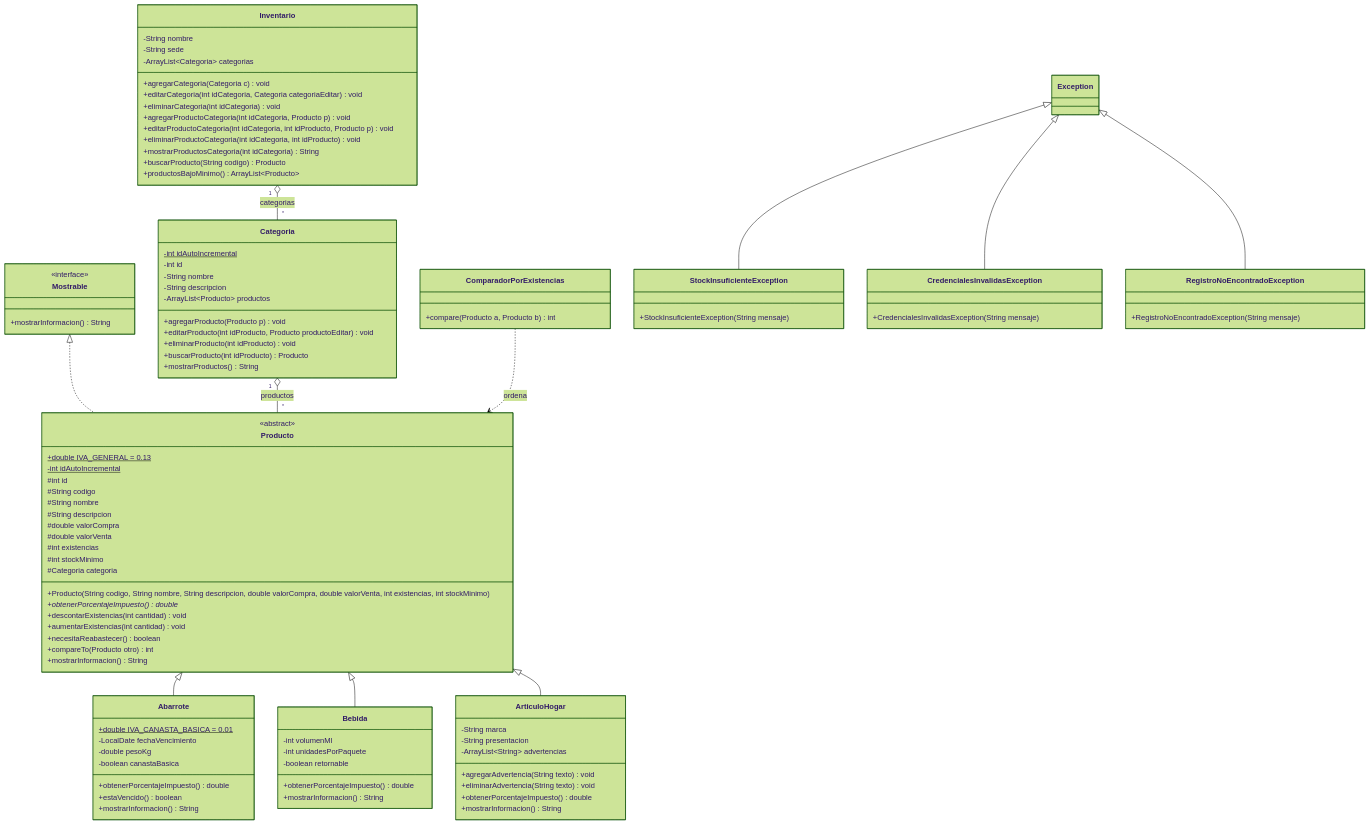
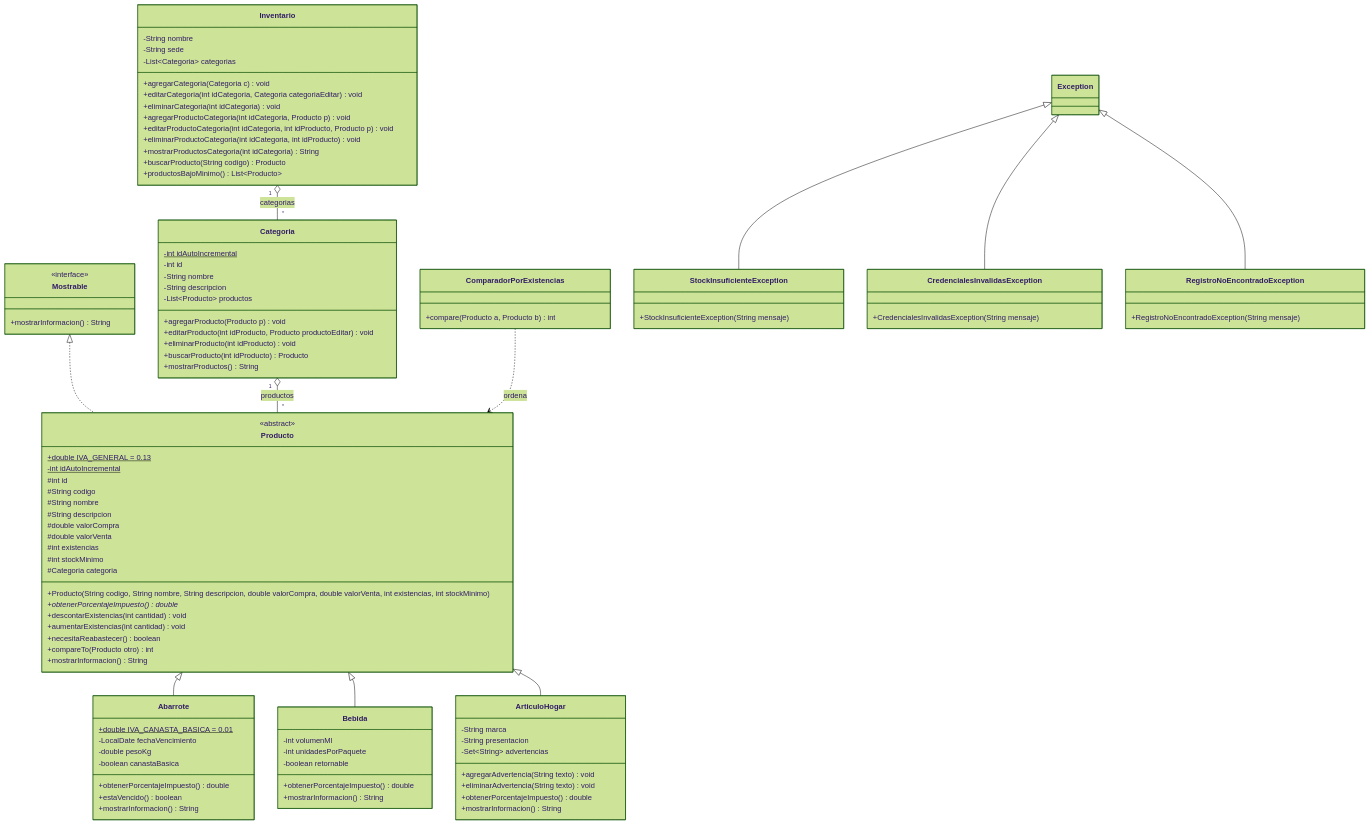
The diagram in docs/diagramas/01a_modelo_inventario.mmd (luisamri91/Avance1), drawn with Mermaid (forest theme) before and after one commit. The commit also changed 36 other files, not shown here.

First line of the commit message:
Colecciones según su uso: List, Set, HashMap y TreeMap (documento v8, código v3)

```diff
--- a/docs/diagramas/01a_modelo_inventario.mmd
+++ b/docs/diagramas/01a_modelo_inventario.mmd
@@ -1,103 +1,103 @@
 classDiagram
     direction TB
 
     class Mostrable {
         <<interface>>
         +mostrarInformacion() String
     }
     class Producto {
         <<abstract>>
         +double IVA_GENERAL = 0.13$
         -int idAutoIncremental$
         #int id
         #String codigo
         #String nombre
         #String descripcion
         #double valorCompra
         #double valorVenta
         #int existencias
         #int stockMinimo
         #Categoria categoria
         +Producto(String codigo, String nombre, String descripcion, double valorCompra, double valorVenta, int existencias, int stockMinimo)
         +obtenerPorcentajeImpuesto()* double
         +descontarExistencias(int cantidad) void
         +aumentarExistencias(int cantidad) void
         +necesitaReabastecer() boolean
         +compareTo(Producto otro) int
         +mostrarInformacion() String
     }
     class Abarrote {
         +double IVA_CANASTA_BASICA = 0.01$
         -LocalDate fechaVencimiento
         -double pesoKg
         -boolean canastaBasica
         +obtenerPorcentajeImpuesto() double
         +estaVencido() boolean
         +mostrarInformacion() String
     }
     class Bebida {
         -int volumenMl
         -int unidadesPorPaquete
         -boolean retornable
         +obtenerPorcentajeImpuesto() double
         +mostrarInformacion() String
     }
     class ArticuloHogar {
         -String marca
         -String presentacion
-        -ArrayList~String~ advertencias
+        -Set~String~ advertencias
         +agregarAdvertencia(String texto) void
         +eliminarAdvertencia(String texto) void
         +obtenerPorcentajeImpuesto() double
         +mostrarInformacion() String
     }
     class Categoria {
         -int idAutoIncremental$
         -int id
         -String nombre
         -String descripcion
-        -ArrayList~Producto~ productos
+        -List~Producto~ productos
         +agregarProducto(Producto p) void
         +editarProducto(int idProducto, Producto productoEditar) void
         +eliminarProducto(int idProducto) void
         +buscarProducto(int idProducto) Producto
         +mostrarProductos() String
     }
     class Inventario {
         -String nombre
         -String sede
-        -ArrayList~Categoria~ categorias
+        -List~Categoria~ categorias
         +agregarCategoria(Categoria c) void
         +editarCategoria(int idCategoria, Categoria categoriaEditar) void
         +eliminarCategoria(int idCategoria) void
         +agregarProductoCategoria(int idCategoria, Producto p) void
         +editarProductoCategoria(int idCategoria, int idProducto, Producto p) void
         +eliminarProductoCategoria(int idCategoria, int idProducto) void
         +mostrarProductosCategoria(int idCategoria) String
         +buscarProducto(String codigo) Producto
-        +productosBajoMinimo() ArrayList~Producto~
+        +productosBajoMinimo() List~Producto~
     }
     class ComparadorPorExistencias {
         +compare(Producto a, Producto b) int
     }
     class StockInsuficienteException {
         +StockInsuficienteException(String mensaje)
     }
     class CredencialesInvalidasException {
         +CredencialesInvalidasException(String mensaje)
     }
     class RegistroNoEncontradoException {
         +RegistroNoEncontradoException(String mensaje)
     }
     class Exception
 
     Mostrable <|.. Producto
     Producto <|-- Abarrote
     Producto <|-- Bebida
     Producto <|-- ArticuloHogar
     Inventario "1" o-- "*" Categoria : categorias
     Categoria "1" o-- "*" Producto : productos
     ComparadorPorExistencias ..> Producto : ordena
     Exception <|-- StockInsuficienteException
     Exception <|-- CredencialesInvalidasException
     Exception <|-- RegistroNoEncontradoException
```
